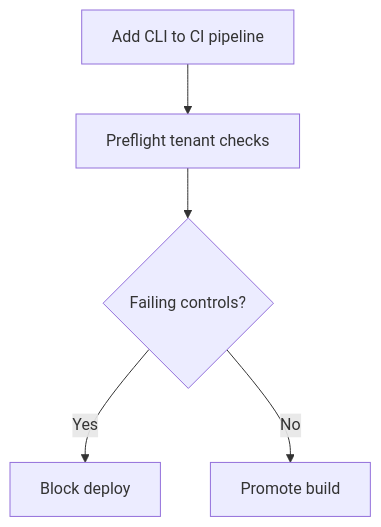
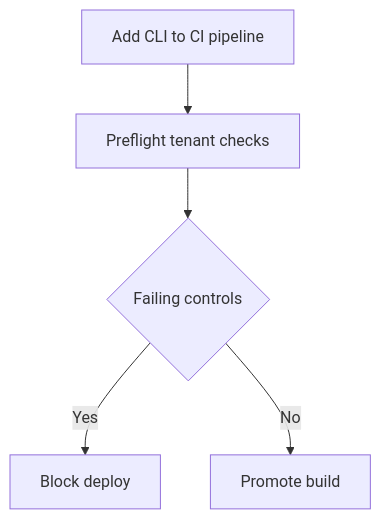
Before and after one commit to andiekobbietks/magentic-ui: diagram 12 of 13 in README.md, drawn with Mermaid. The commit also changed other lines of this file, not shown here.

Commit message:
docs: fix mermaid syntax and add before/after tables for personas

````diff
--- a/README.md
+++ b/README.md
@@ -245,7 +344,7 @@
-  ```mermaid
-  flowchart TD
+```mermaid
+flowchart TD
     A[Add CLI to CI pipeline] --> B[Preflight tenant checks]
-    B --> C{Failing controls?}
+    B --> C{Failing controls}
     C -->|Yes| D[Block deploy]
     C -->|No| E[Promote build]
-  ```
+```
````
